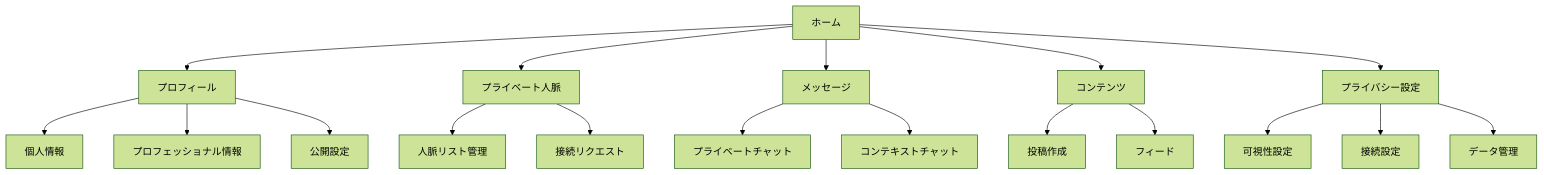
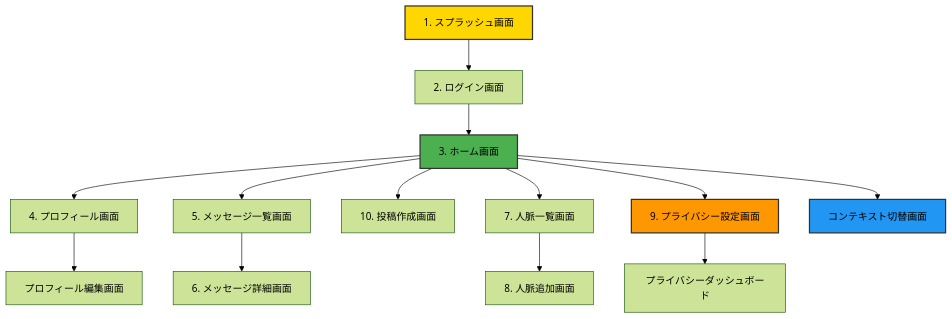
Before and after one commit to hamatz/tech_doc: the second of 8 diagrams in uiux_book.md, drawn with Mermaid (forest theme). The commit also changed other lines of this file and 1 other file, not shown here.

````diff
--- a/uiux_book.md
+++ b/uiux_book.md
@@ -400,25 +432,20 @@
 ```mermaid
 graph TD
-    A[ホーム] --> B[プロフィール]
-    A --> C[プライベート人脈]
-    A --> D[メッセージ]
-    A --> E[コンテンツ]
-    A --> F[プライバシー設定]
-    
-    B --> B1[個人情報]
-    B --> B2[プロフェッショナル情報]
-    B --> B3[公開設定]
-    
-    C --> C1[人脈リスト管理]
-    C --> C2[接続リクエスト]
-    
-    D --> D1[プライベートチャット]
-    D --> D2[コンテキストチャット]
-    
-    E --> E1[投稿作成]
-    E --> E2[フィード]
-    
-    F --> F1[可視性設定]
-    F --> F2[接続設定]
-    F --> F3[データ管理]
+    A[1. スプラッシュ画面] --> B[2. ログイン画面]
+    B --> C[3. ホーム画面]
+    C --> D[4. プロフィール画面]
+    C --> E[5. メッセージ一覧画面]
+    C --> F[10. 投稿作成画面]
+    C --> G[7. 人脈一覧画面]
+    C --> H[9. プライバシー設定画面]
+    C --> I[コンテキスト切替画面]
+    E --> J[6. メッセージ詳細画面]
+    G --> K[8. 人脈追加画面]
+    D --> L[プロフィール編集画面]
+    H --> M[プライバシーダッシュボード]
+
+    style A fill:#FFD700,stroke:#333,stroke-width:2px
+    style C fill:#4CAF50,stroke:#333,stroke-width:2px
+    style H fill:#FF9800,stroke:#333,stroke-width:2px
+    style I fill:#2196F3,stroke:#333,stroke-width:2px
 ```
````
